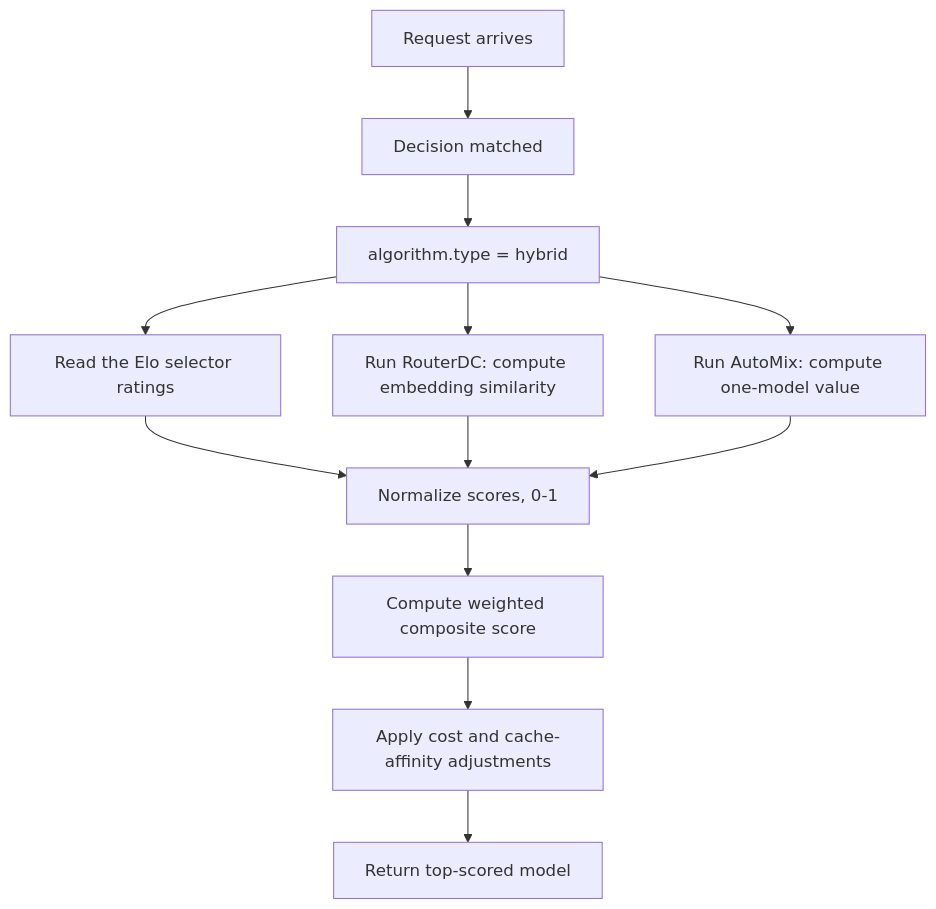
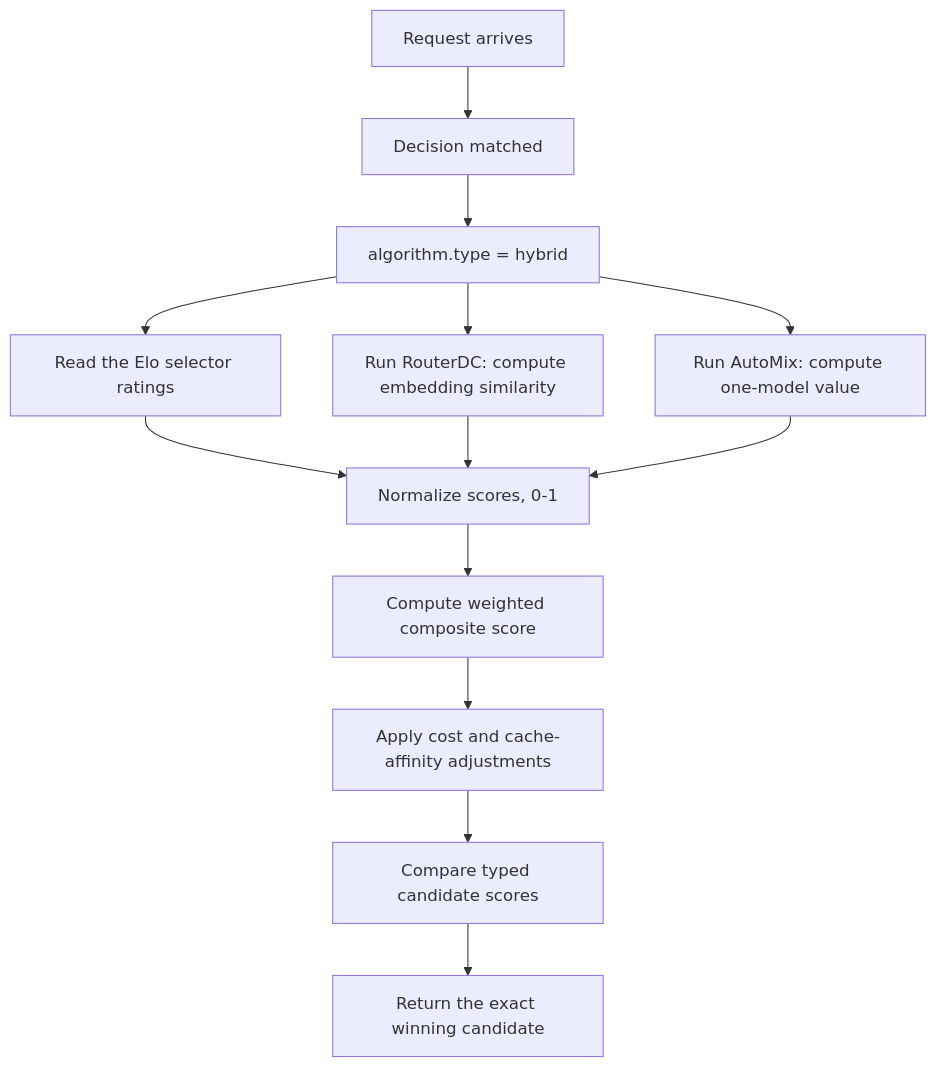
The diagram in website/docs/tutorials/algorithm/selection/hybrid.md (vllm-project/semantic-router), drawn with Mermaid before and after one commit. The commit also changed other lines of this file and 42 other files, not shown here.

First line of the commit message:
[Refactor] Preserve candidate identity across model selection

````diff
--- a/website/docs/tutorials/algorithm/selection/hybrid.md
+++ b/website/docs/tutorials/algorithm/selection/hybrid.md
@@ -29,14 +29,15 @@
 ```mermaid
 flowchart TD
     A[Request arrives] --> B[Decision matched]
     B --> C[algorithm.type = hybrid]
     C --> D[Read the Elo selector ratings]
     C --> E[Run RouterDC: compute embedding similarity]
     C --> F[Run AutoMix: compute one-model value]
     D --> G[Normalize scores, 0-1]
     E --> G
     F --> G
     G --> H[Compute weighted composite score]
     H --> I[Apply cost and cache-affinity adjustments]
-    I --> J[Return top-scored model]
+    I --> J[Compare typed candidate scores]
+    J --> K[Return the exact winning candidate]
 ```
````
